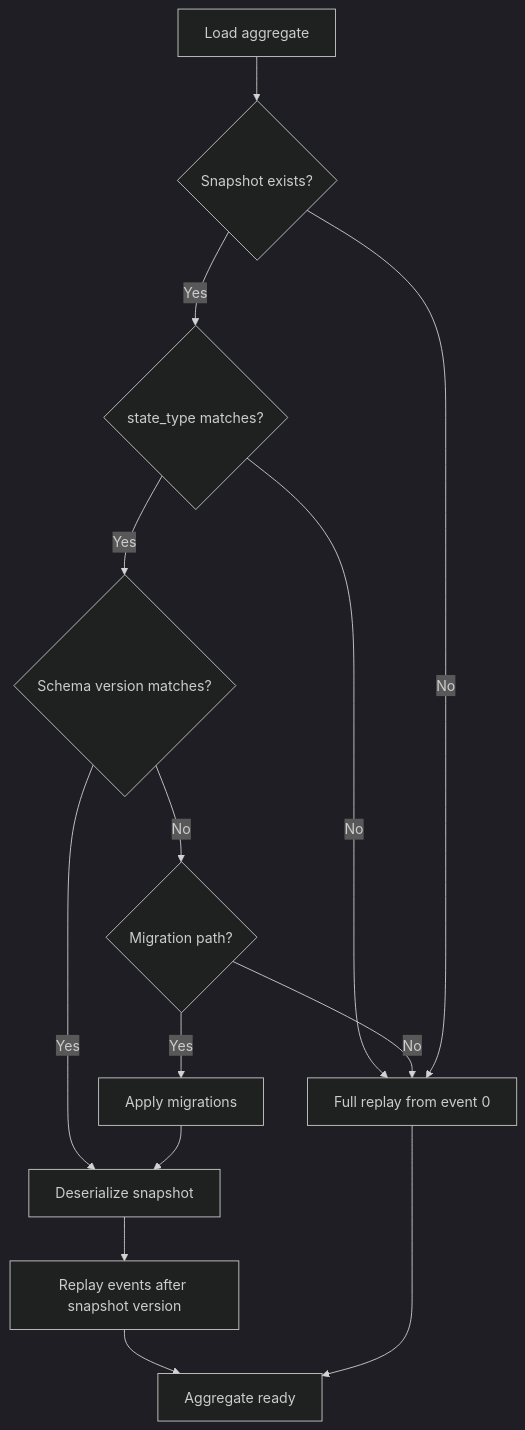
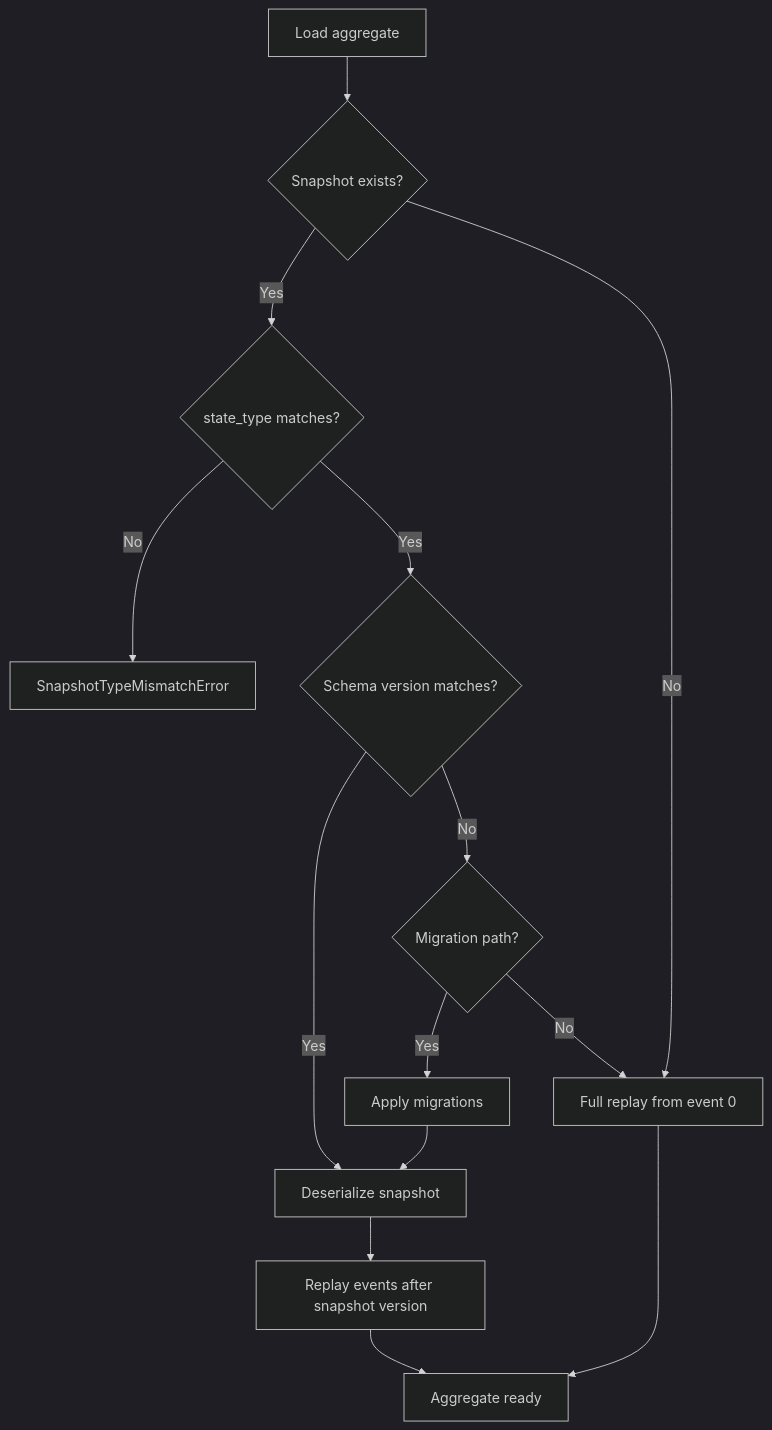
Before and after one commit to waku-py/waku: the first of 2 diagrams in docs/features/eventsourcing/snapshots.md, drawn with Mermaid (dark theme). The commit also changed other lines of this file and 6 other files, not shown here.

````diff
--- a/docs/features/eventsourcing/snapshots.md
+++ b/docs/features/eventsourcing/snapshots.md
@@ -92,15 +93,15 @@
 ```mermaid
 graph TD
     L[Load aggregate] --> CS{Snapshot exists?}
     CS -->|Yes| ST{state_type matches?}
-    ST -->|No| FR
+    ST -->|No| ERR[SnapshotTypeMismatchError]
     ST -->|Yes| SV{Schema version matches?}
     SV -->|Yes| DS[Deserialize snapshot]
     SV -->|No| MG{Migration path?}
     MG -->|Yes| AP[Apply migrations] --> DS
     MG -->|No| FR
     DS --> RE[Replay events after snapshot version]
     RE --> A[Aggregate ready]
     CS -->|No| FR[Full replay from event 0]
     FR --> A
 ```
````
